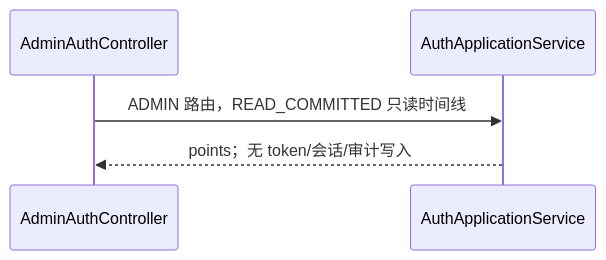
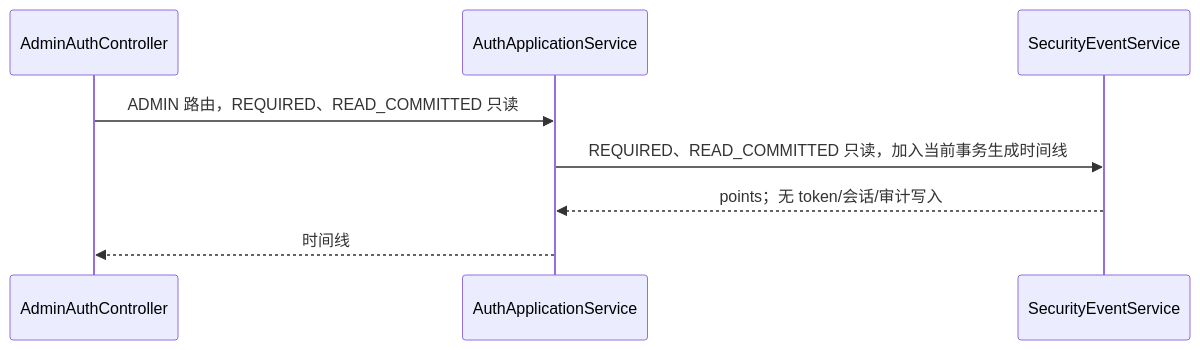
One commit to Kylinlixd/suno changed the fifth of 33 diagrams in docs/requirements/operations.md. Above: the diagram before and after it, drawn with Mermaid. The commit also changed other lines of this file and 2 other files, not shown here.

Commit message:
docs: clarify identity and operations transaction flows

````diff
--- a/docs/requirements/operations.md
+++ b/docs/requirements/operations.md
@@ -46,7 +49,10 @@
 ```mermaid
 sequenceDiagram
   participant C as AdminAuthController#securityEventsTimeline
   participant A as AuthApplicationService#adminSecurityEventsTimeline
-  C->>A: ADMIN 路由，READ_COMMITTED 只读时间线
-  A-->>C: points；无 token/会话/审计写入
+  participant S as SecurityEventService#adminSecurityEventsTimeline
+  C->>A: ADMIN 路由，REQUIRED、READ_COMMITTED 只读
+  A->>S: REQUIRED、READ_COMMITTED 只读，加入当前事务生成时间线
+  S-->>A: points；无 token/会话/审计写入
+  A-->>C: 时间线
 ```
````
